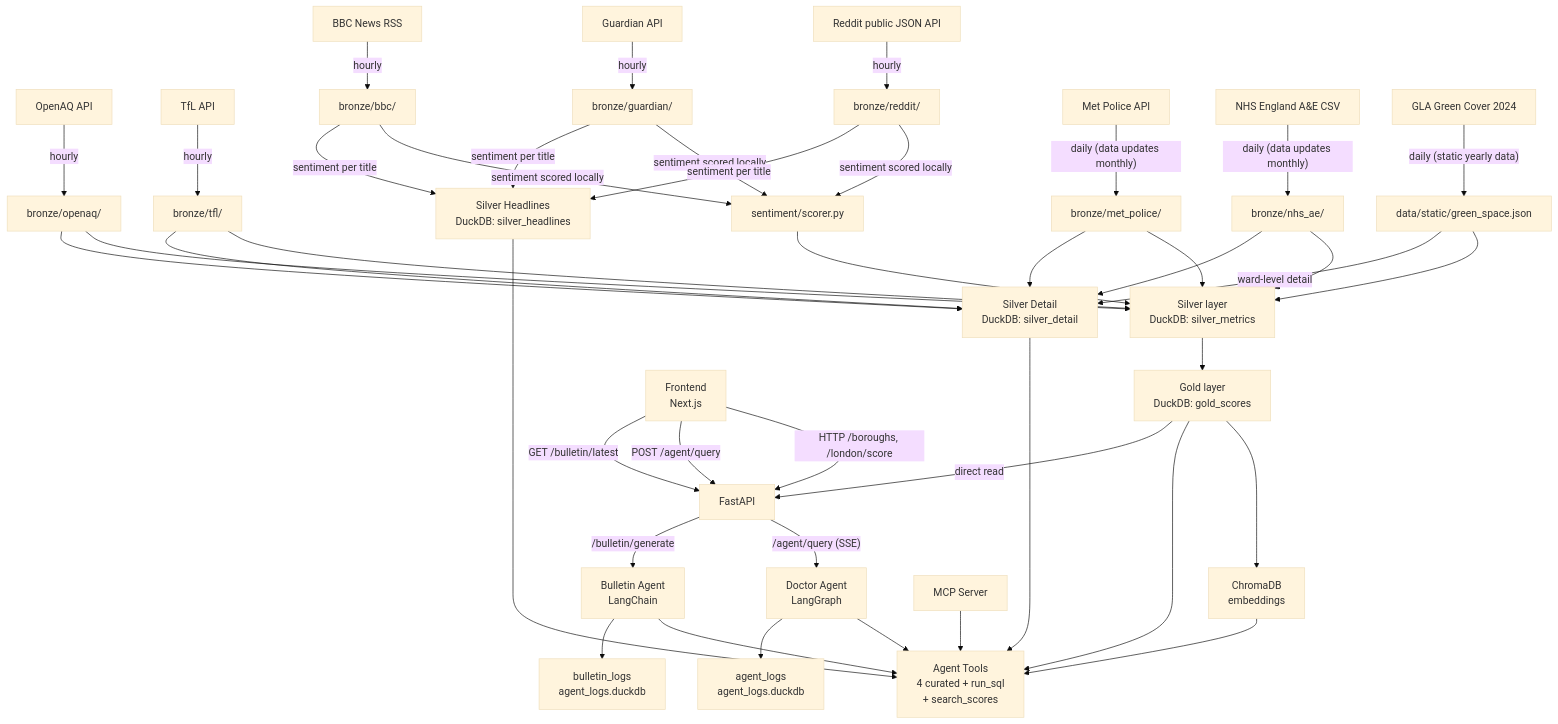
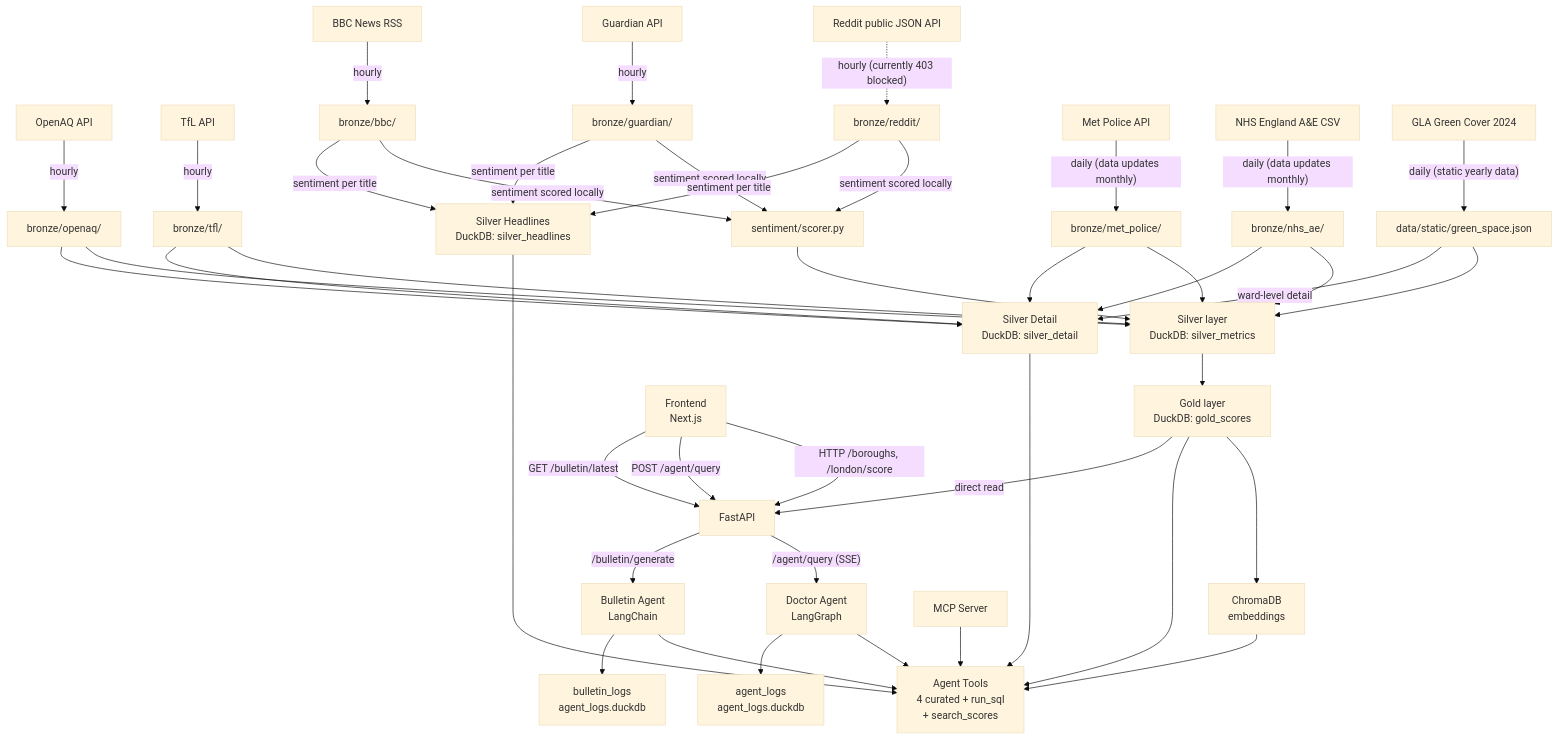
Before and after one commit to ryan-vanagt/city-scan-london: the diagram in docs/lineage.md, drawn with Mermaid (base theme). The commit also changed 8 other files, not shown here.

First line of the commit message:
docs: Reddit API blocked (403), add new data source attributions

````diff
--- a/docs/lineage.md
+++ b/docs/lineage.md
@@ -5,55 +5,55 @@
 ```mermaid
 flowchart TD
     OQ[OpenAQ API] -->|hourly| B_OQ[bronze/openaq/]
     TFL[TfL API] -->|hourly| B_TFL[bronze/tfl/]
-    RD[Reddit public JSON API] -->|hourly| B_RD[bronze/reddit/]
+    RD[Reddit public JSON API] -.->|"hourly (currently 403 blocked)"| B_RD[bronze/reddit/]
     GD[Guardian API] -->|hourly| B_GD[bronze/guardian/]
     BBC[BBC News RSS] -->|hourly| B_BBC[bronze/bbc/]
     MP[Met Police API] -->|"daily (data updates monthly)"| B_MP[bronze/met_police/]
     NHS[NHS England A&E CSV] -->|"daily (data updates monthly)"| B_NHS[bronze/nhs_ae/]
     GS[GLA Green Cover 2024] -->|"daily (static yearly data)"| B_GS[data/static/green_space.json]
 
     B_OQ --> S[Silver layer\nDuckDB: silver_metrics]
     B_TFL --> S
     B_RD -->|sentiment scored locally| SENT[sentiment/scorer.py]
     SENT --> S
     B_GD -->|sentiment scored locally| SENT
     B_BBC -->|sentiment scored locally| SENT
     B_MP --> S
     B_NHS --> S
     B_GS --> S
 
     S --> G[Gold layer\nDuckDB: gold_scores]
     G --> CH[ChromaDB\nembeddings]
 
     B_OQ --> SD[Silver Detail\nDuckDB: silver_detail]
     B_TFL --> SD
     B_MP --> SD
     B_NHS --> SD
     B_GS -->|ward-level detail| SD
     B_RD -->|sentiment per title| SH[Silver Headlines\nDuckDB: silver_headlines]
     B_GD -->|sentiment per title| SH
     B_BBC -->|sentiment per title| SH
 
     G --> TOOLS[Agent Tools\n4 curated + run_sql\n+ search_scores]
     SD --> TOOLS
     SH --> TOOLS
     CH --> TOOLS
 
     %% Access layers — FastAPI and MCP Server both use Agent Tools
     G -->|direct read| API[FastAPI]
     API -->|"/agent/query (SSE)"| DA[Doctor Agent\nLangGraph]
     API -->|"/bulletin/generate"| BA[Bulletin Agent\nLangChain]
     DA --> TOOLS
     BA --> TOOLS
     MCP[MCP Server] --> TOOLS
 
     %% Frontend communicates via FastAPI only
     FE[Frontend\nNext.js] -->|"HTTP /boroughs, /london/score"| API
     FE -->|"POST /agent/query"| API
     FE -->|"GET /bulletin/latest"| API
 
     %% Logging
     DA --> LOGS[agent_logs\nagent_logs.duckdb]
     BA --> BLOGS[bulletin_logs\nagent_logs.duckdb]
 ```
````
